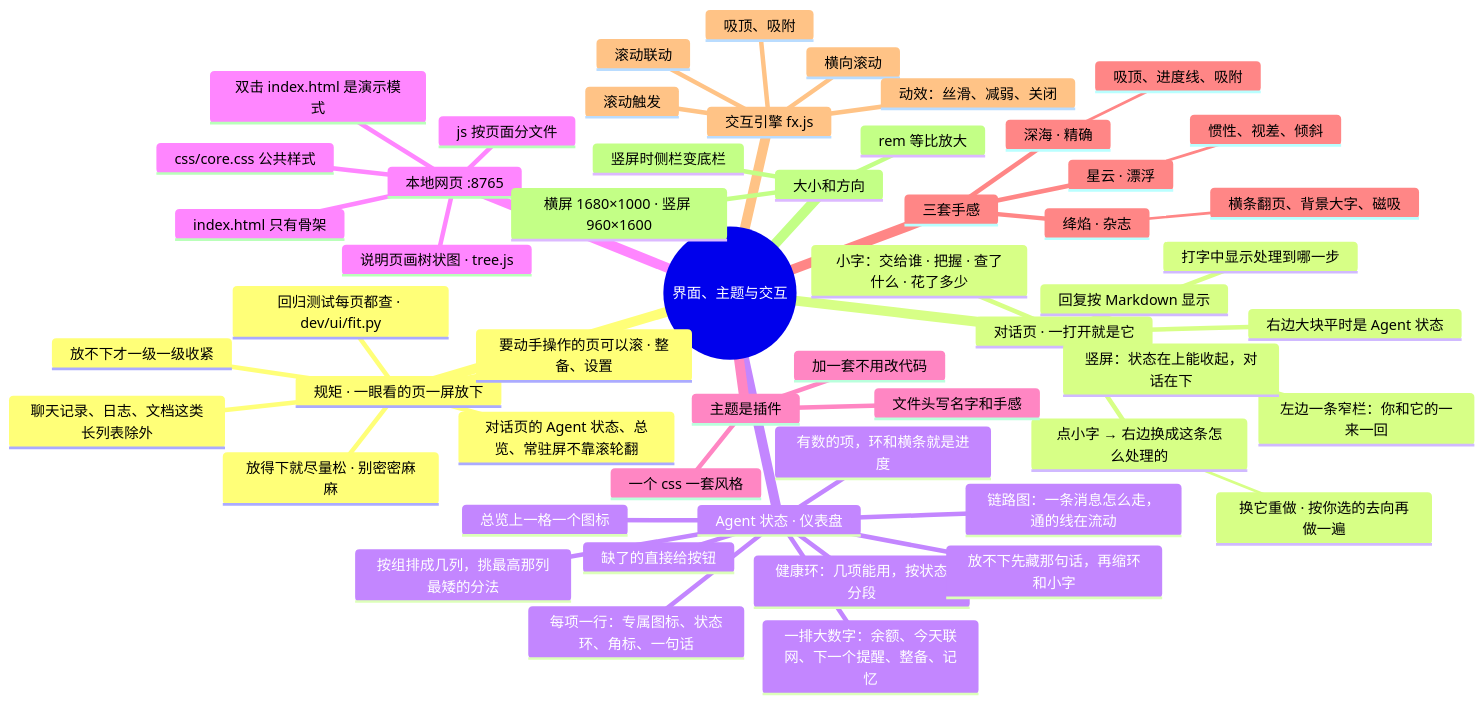
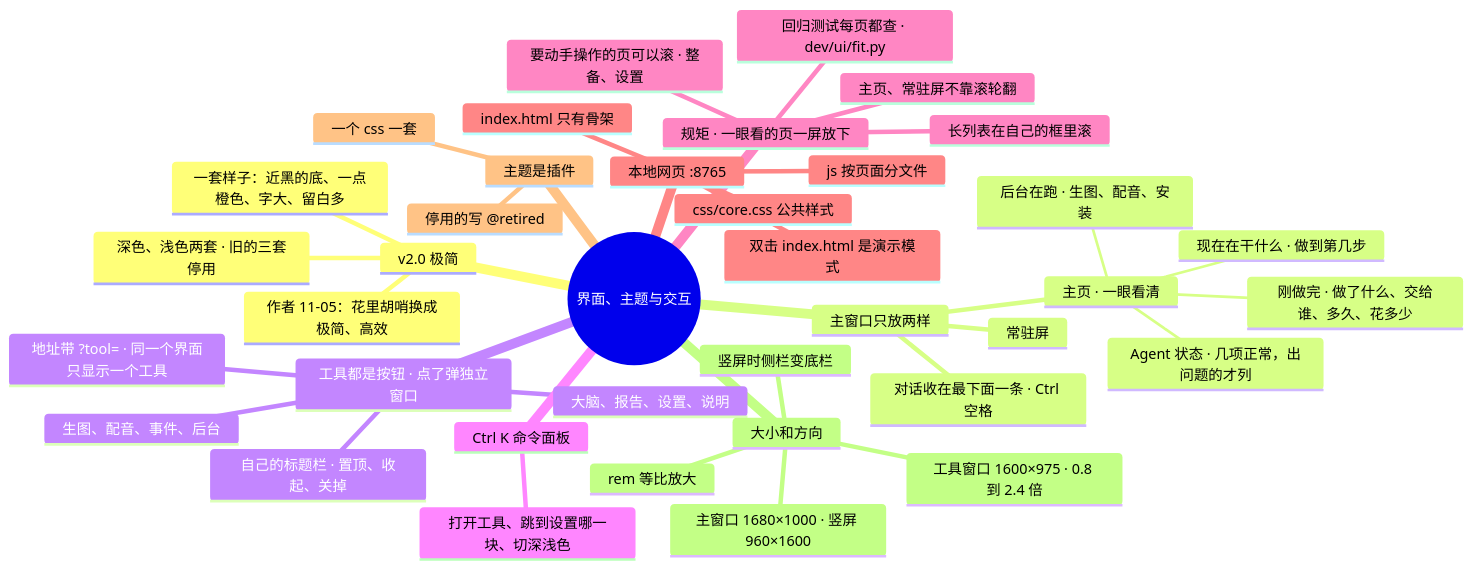
One commit to lql-076/Experiment-Agent-One changed the diagram in docs/AI文档/架构/12-界面主题与交互.md. Above: the diagram before and after it, drawn with Mermaid. The commit also changed other lines of this file and 56 other files, not shown here.

First line of the commit message:
v2.0.0：界面整个重做成极简（深色、浅色两套）；主窗口只放主页和常驻，工具都是独立窗口；生图加「角色」，批量清单写到角色名字自动带上形象

````diff
--- a/docs/AI文档/架构/12-界面主题与交互.md
+++ b/docs/AI文档/架构/12-界面主题与交互.md
@@ -9,57 +9,41 @@
 ```mermaid
 mindmap
   root((界面、主题与交互))
+    v2.0 极简
+      作者 11-05：花里胡哨换成极简、高效
+      深色、浅色两套 · 旧的三套停用
+      一套样子：近黑的底、一点橙色、字大、留白多
+    主窗口只放两样
+      主页 · 一眼看清
+        现在在干什么 · 做到第几步
+        后台在跑 · 生图、配音、安装
+        刚做完 · 做了什么、交给谁、多久、花多少
+        Agent 状态 · 几项正常，出问题的才列
+      常驻屏
+      对话收在最下面一条 · Ctrl 空格
+    工具都是按钮 · 点了弹独立窗口
+      生图、配音、事件、后台
+      大脑、报告、设置、说明
+      地址带 ?tool= · 同一个界面只显示一个工具
+      自己的标题栏 · 置顶、收起、关掉
+    Ctrl K 命令面板
+      打开工具、跳到设置哪一块、切深浅色
     规矩 · 一眼看的页一屏放下
-      对话页的 Agent 状态、总览、常驻屏不靠滚轮翻
-      放得下就尽量松 · 别密密麻麻
-      放不下才一级一级收紧
+      主页、常驻屏不靠滚轮翻
       要动手操作的页可以滚 · 整备、设置
-      聊天记录、日志、文档这类长列表除外
+      长列表在自己的框里滚
       回归测试每页都查 · dev/ui/fit.py
-    对话页 · 一打开就是它
-      左边一条窄栏：你和它的一来一回
-      回复按 Markdown 显示
-      打字中显示处理到哪一步
-      小字：交给谁 · 把握 · 查了什么 · 花了多少
-      点小字 → 右边换成这条怎么处理的
-        换它重做 · 按你选的去向再做一遍
-      右边大块平时是 Agent 状态
-      竖屏：状态在上能收起，对话在下
-    Agent 状态 · 仪表盘
-      健康环：几项能用，按状态分段
-      链路图：一条消息怎么走，通的线在流动
-      一排大数字：余额、今天联网、下一个提醒、整备、记忆
-      按组排成几列，挑最高那列最矮的分法
-      每项一行：专属图标、状态环、角标、一句话
-      有数的项，环和横条就是进度
-      放不下先藏那句话，再缩环和小字
-      缺了的直接给按钮
-      总览上一格一个图标
     本地网页 :8765
       index.html 只有骨架
       css/core.css 公共样式
       js 按页面分文件
       双击 index.html 是演示模式
-      说明页画树状图 · tree.js
     主题是插件
-      一个 css 一套风格
-      文件头写名字和手感
-      加一套不用改代码
-    三套手感
-      星云 · 漂浮
-        惯性、视差、倾斜
-      深海 · 精确
-        吸顶、进度线、吸附
-      绛焰 · 杂志
-        横条翻页、背景大字、磁吸
-    交互引擎 fx.js
-      滚动触发
-      滚动联动
-      吸顶、吸附
-      横向滚动
-      动效：丝滑、减弱、关闭
+      一个 css 一套
+      停用的写 @retired
     大小和方向
       rem 等比放大
-      横屏 1680×1000 · 竖屏 960×1600
+      主窗口 1680×1000 · 竖屏 960×1600
+      工具窗口 1600×975 · 0.8 到 2.4 倍
       竖屏时侧栏变底栏
 ```
````
